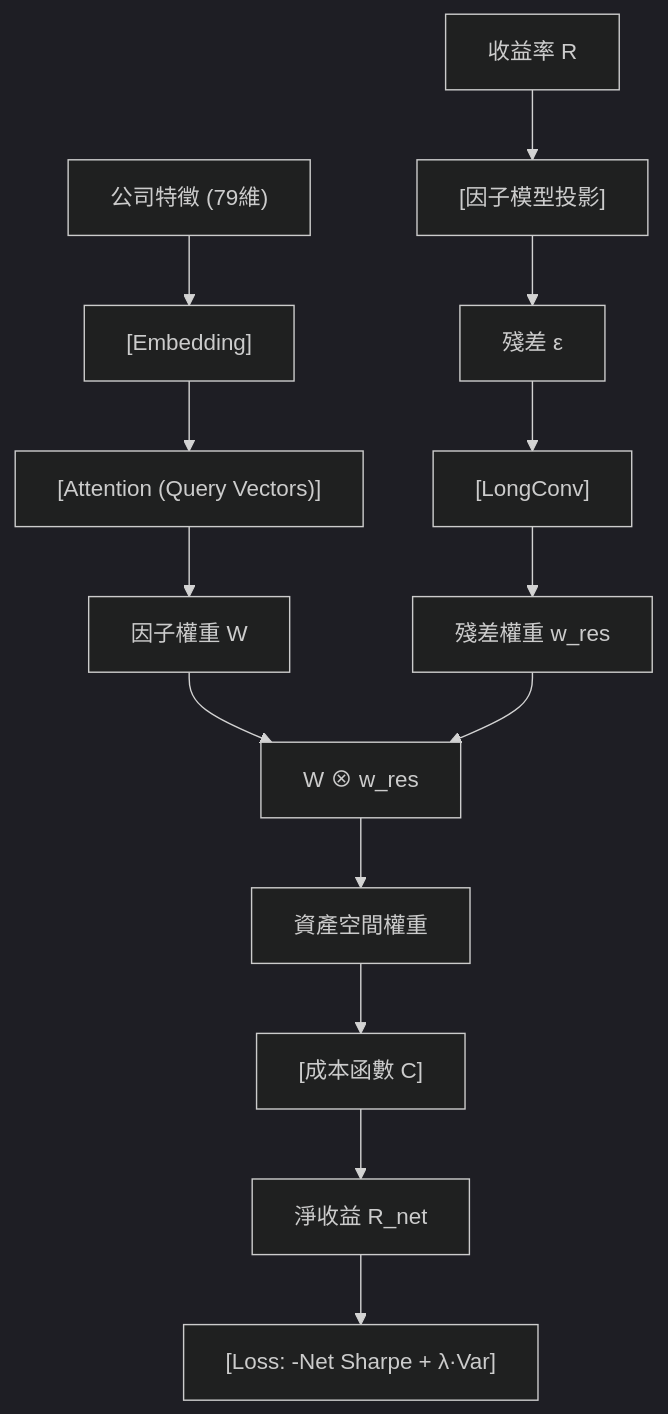
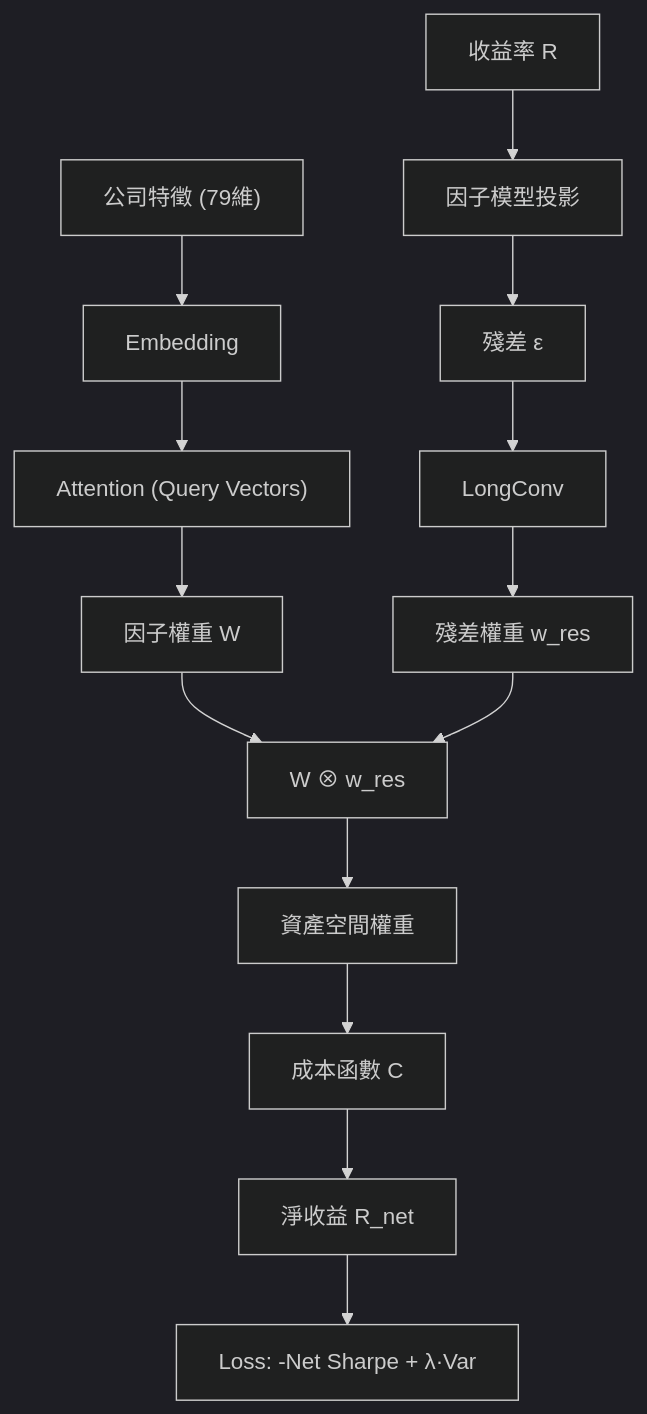
One commit to sou350121/Trading-Handbook changed the diagram in foundations/factor-mining/attention-factor-model.md. Above: the diagram before and after it, drawn with Mermaid (dark theme). The commit also changed 191 other files, not shown here.

First line of the commit message:
render: fix math + mermaid for GitHub across the corpus (188 pages)

````diff
--- a/foundations/factor-mining/attention-factor-model.md
+++ b/foundations/factor-mining/attention-factor-model.md
@@ -32,16 +32,16 @@
 ```mermaid
 flowchart TD
-    N1["公司特徵 (79維)"] --> N2["[Embedding]"]
-    N2 --> N3["[Attention (Query Vectors)]"]
+    N1["公司特徵 (79維)"] --> N2["Embedding"]
+    N2 --> N3["Attention (Query Vectors)"]
     N3 --> N4["因子權重 W"]
-    N5["收益率 R"] --> N6["[因子模型投影]"]
+    N5["收益率 R"] --> N6["因子模型投影"]
     N6 --> N7["殘差 ε"]
-    N7 --> N8["[LongConv]"]
+    N7 --> N8["LongConv"]
     N8 --> N9["殘差權重 w_res"]
     N4 --> N10["W ⊗ w_res"]
     N9 --> N10
     N10 --> N11["資產空間權重"]
-    N11 --> N12["[成本函數 C]"]
+    N11 --> N12["成本函數 C"]
     N12 --> N13["淨收益 R_net"]
-    N13 --> N14["[Loss: -Net Sharpe + λ·Var]"]
+    N13 --> N14["Loss: -Net Sharpe + λ·Var"]
 ```
````
